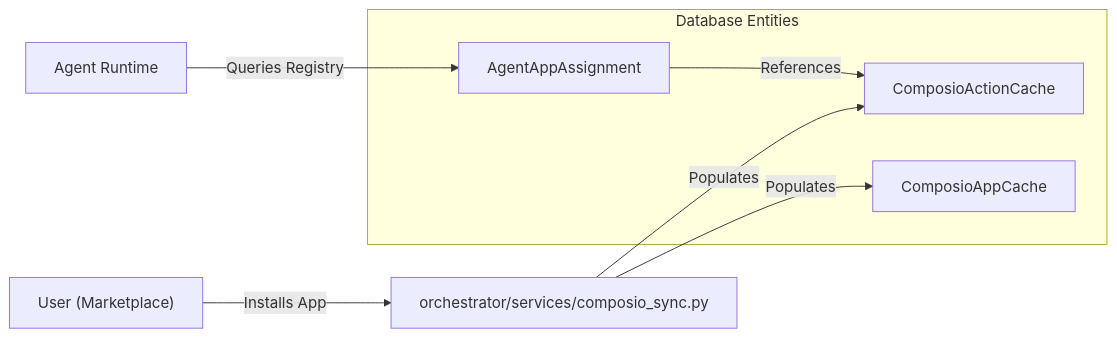
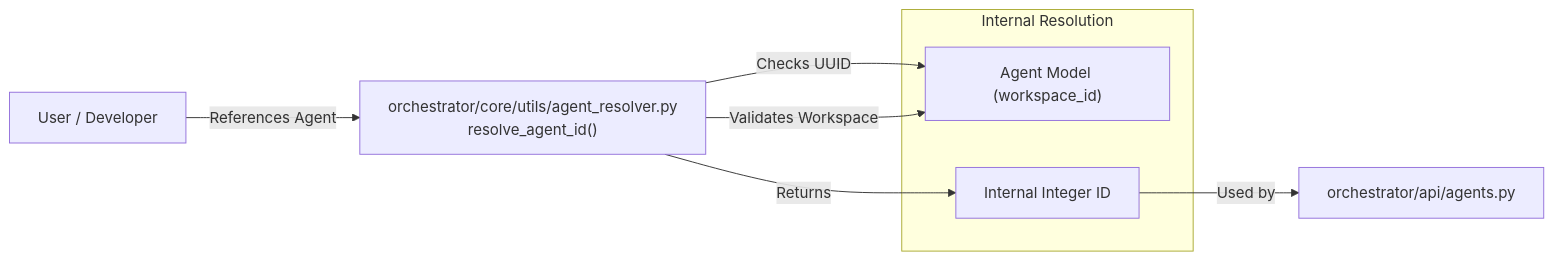
The third of 3 diagrams in docs/backend-architecture/database-models.md (AutomatosAI/automatos-ai), drawn with Mermaid before and after one commit. The commit also changed other lines of this file and 153 other files, not shown here.

````diff
--- a/docs/backend-architecture/database-models.md
+++ b/docs/backend-architecture/database-models.md
@@ -159,15 +184,14 @@
 ```mermaid
 graph LR
-    User["User (Marketplace)"] -- "Installs App" --> Sync["orchestrator/services/composio_sync.py"]
-    Sync -- "Populates" --> CAC["ComposioActionCache"]
-    Sync -- "Populates" --> CAP["ComposioAppCache"]
+    User["User / Developer"] -- "References Agent" --> Resolver["orchestrator/core/utils/agent_resolver.py<br/>resolve_agent_id()"]
+    Resolver -- "Checks UUID" --> AgentTable["Agent Model (public_id)"]
+    Resolver -- "Validates Workspace" --> AgentTable["Agent Model (workspace_id)"]
     
-    subgraph "Database Entities"
-        CAP["ComposioAppCache"]
-        CAC["ComposioActionCache"]
-        AAA["AgentAppAssignment"]
+    subgraph "Internal Resolution"
+        AgentTable
+        InternalID["Internal Integer ID"]
     end
     
-    Agent["Agent Runtime"] -- "Queries Registry" --> AAA
-    AAA -- "References" --> CAC
+    Resolver -- "Returns" --> InternalID
+    InternalID -- "Used by" --> API["orchestrator/api/agents.py"]
 ```
````
